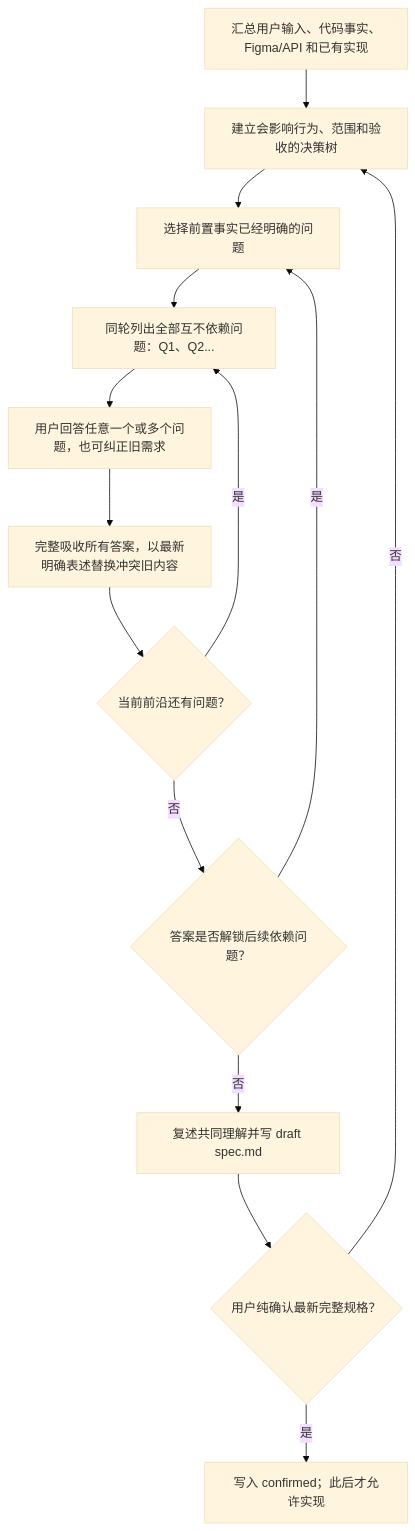
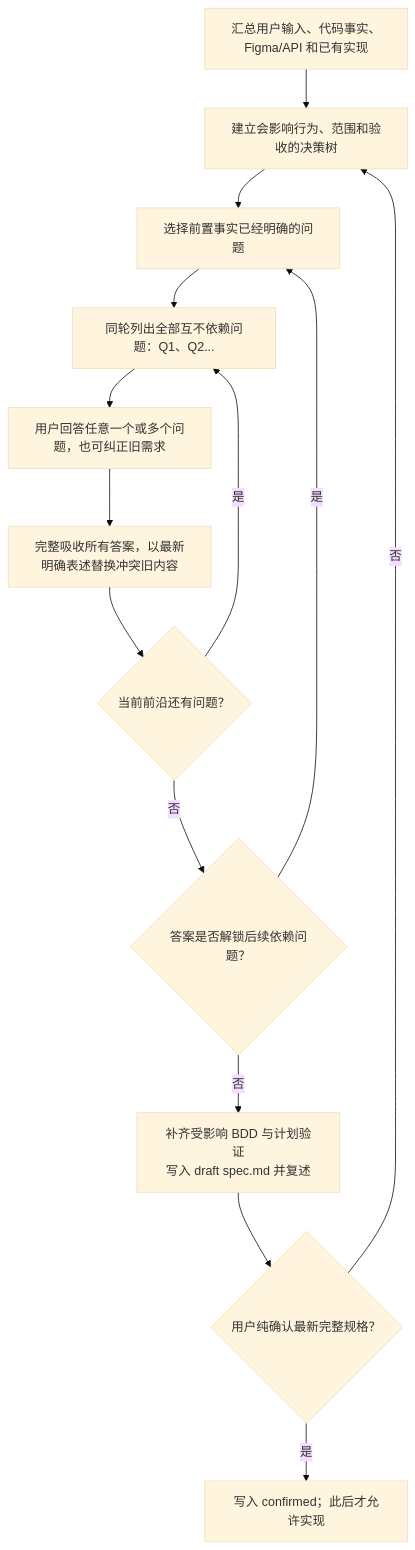
The third of 11 diagrams in docs/FLOW_DIAGRAMS.md (yejuntian/android-delivery-skills), drawn with Mermaid (base theme) before and after one commit. The commit also changed other lines of this file and 6 other files, not shown here.

````diff
--- a/docs/FLOW_DIAGRAMS.md
+++ b/docs/FLOW_DIAGRAMS.md
@@ -88,16 +90,16 @@
 ```mermaid
 flowchart TD
     INPUT["汇总用户输入、代码事实、Figma/API 和已有实现"] --> TREE["建立会影响行为、范围和验收的决策树"]
     TREE --> FIND["选择前置事实已经明确的问题"]
     FIND --> GROUP["同轮列出全部互不依赖问题：Q1、Q2..."]
     GROUP --> ANSWER["用户回答任意一个或多个问题，也可纠正旧需求"]
     ANSWER --> MERGE["完整吸收所有答案，以最新明确表述替换冲突旧内容"]
     MERGE --> LEFT{"当前前沿还有问题？"}
     LEFT -- "是" --> GROUP
     LEFT -- "否" --> DEPENDENT{"答案是否解锁后续依赖问题？"}
     DEPENDENT -- "是" --> FIND
-    DEPENDENT -- "否" --> RESTATE["复述共同理解并写 draft spec.md"]
+    DEPENDENT -- "否" --> RESTATE["补齐受影响 BDD 与计划验证<br/>写入 draft spec.md 并复述"]
     RESTATE --> CONFIRM{"用户纯确认最新完整规格？"}
     CONFIRM -- "否" --> TREE
     CONFIRM -- "是" --> BDD["写入 confirmed；此后才允许实现"]
 ```
````
